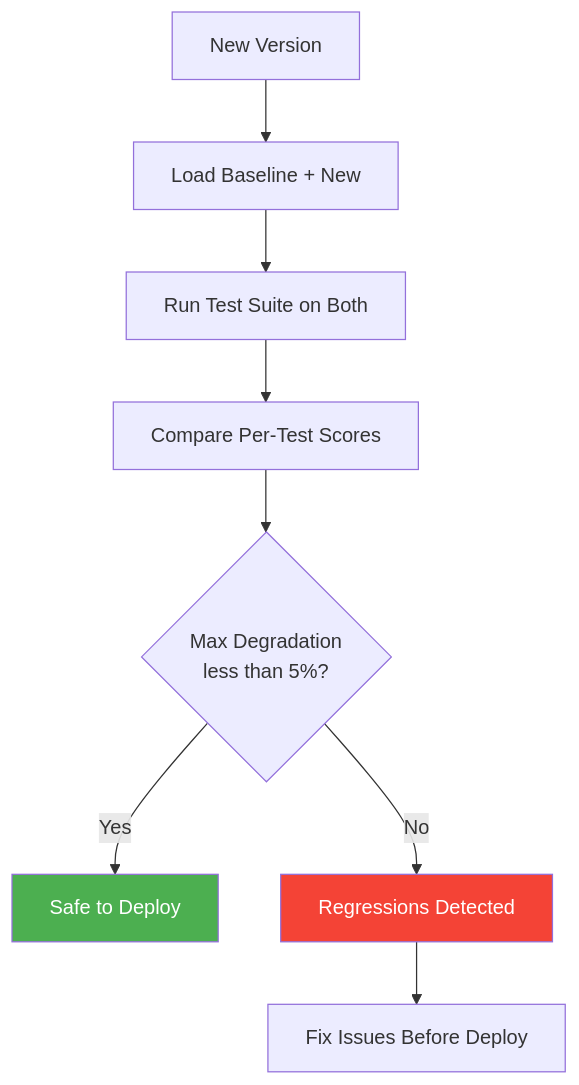
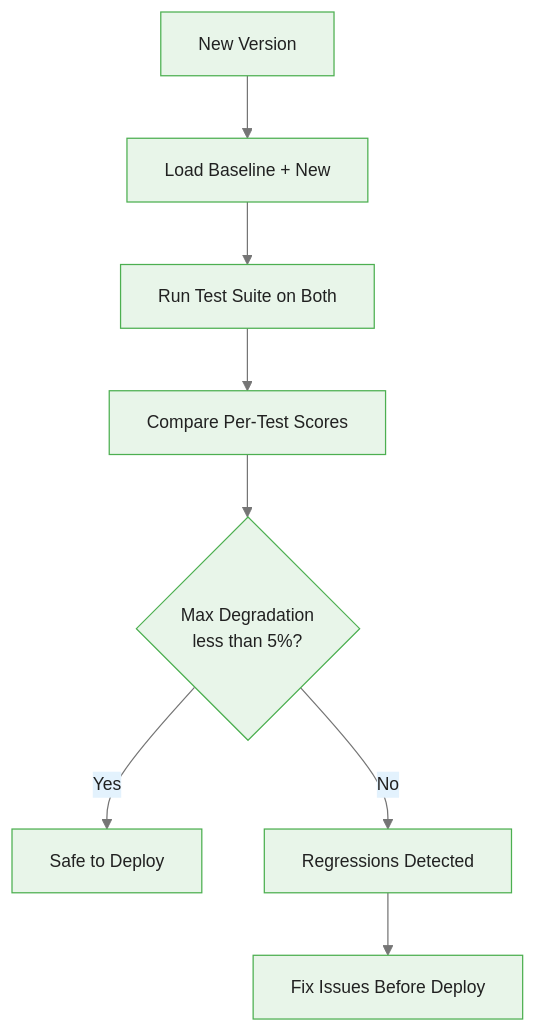
The fifth of 5 diagrams in courses/dataiku-genai/modules/module_01_prompts/guides/03_testing_iteration_slides.md (m-deane/course-creator), drawn with Mermaid before and after one commit. The commit also changed other lines of this file and 54 other files, not shown here.

````diff
--- a/courses/dataiku-genai/modules/module_01_prompts/guides/03_testing_iteration_slides.md
+++ b/courses/dataiku-genai/modules/module_01_prompts/guides/03_testing_iteration_slides.md
@@ -457,13 +470,11 @@
 ```mermaid
+%%{init: {"theme": "base", "themeVariables": {"primaryColor": "#e8f5e9", "primaryBorderColor": "#4caf50", "primaryTextColor": "#212121", "secondaryColor": "#e3f2fd", "tertiaryColor": "#fff8e1", "lineColor": "#757575", "fontFamily": "Inter, sans-serif", "fontSize": "14px"}}}%%
 flowchart TD
     NEW[New Version] --> LOAD[Load Baseline + New]
     LOAD --> RUN[Run Test Suite on Both]
     RUN --> CMP[Compare Per-Test Scores]
     CMP --> CHK{Max Degradation<br/> less than 5%?}
     CHK -->|Yes| PASS[Safe to Deploy]
     CHK -->|No| FAIL[Regressions Detected]
     FAIL --> FIX[Fix Issues Before Deploy]
-
-    style PASS fill:#4CAF50,color:#fff
-    style FAIL fill:#f44336,color:#fff
 ```
````
